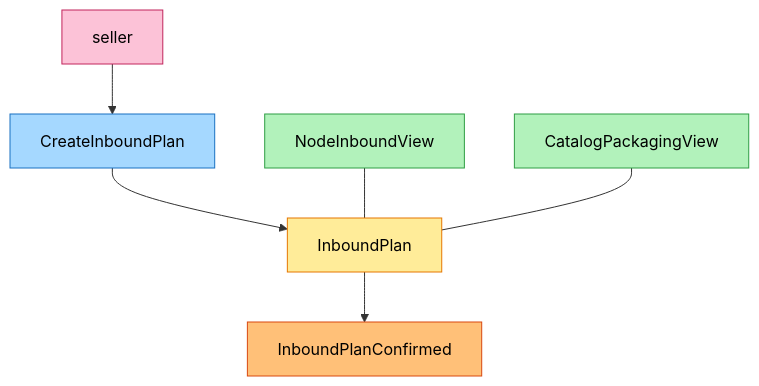
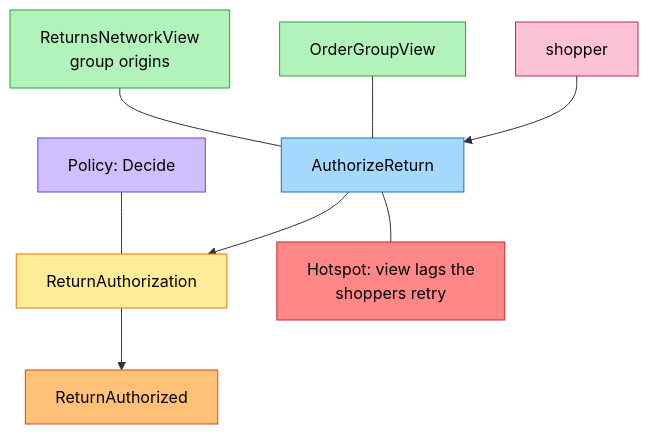
Before and after one commit to IQVO/customer-returns: the first of 3 diagrams in docs/docs/ddd/eventstorming.md, drawn with Mermaid. The commit also changed other lines of this file and 13 other files, not shown here.

````diff
--- a/docs/docs/ddd/eventstorming.md
+++ b/docs/docs/ddd/eventstorming.md
@@ -28,19 +28,23 @@
 ```mermaid
 flowchart TB
-    S["seller"]:::external
-    C1["CreateInboundPlan"]:::command
-    R1["NodeInboundView"]:::readmodel
-    R2["CatalogPackagingView"]:::readmodel
-    G1["InboundPlan"]:::aggregate
-    E1["InboundPlanConfirmed"]:::event
+    S["shopper"]:::external
+    C1["AuthorizeReturn"]:::command
+    R1["OrderGroupView"]:::readmodel
+    R2["ReturnsNetworkView<br/>group origins"]:::readmodel
+    P1["Policy: Decide"]:::policy
+    G1["ReturnAuthorization"]:::aggregate
+    E1["ReturnAuthorized"]:::event
+    H1["Hotspot: view lags the<br/>shoppers retry"]:::hotspot
     S --> C1 --> G1 --> E1
-    R1 --- G1
-    R2 --- G1
+    R1 --- C1
+    R2 --- C1
+    P1 --- G1
+    C1 --- H1
     classDef command fill:#a5d8ff,stroke:#1971c2,color:#000
     classDef aggregate fill:#ffec99,stroke:#e67700,color:#000
     classDef event fill:#ffc078,stroke:#d9480f,color:#000
     classDef policy fill:#d0bfff,stroke:#6741d9,color:#000
     classDef readmodel fill:#b2f2bb,stroke:#2f9e44,color:#000
     classDef external fill:#fcc2d7,stroke:#c2255c,color:#000
     classDef hotspot fill:#ff8787,stroke:#c92a2a,color:#000
 ```
````
